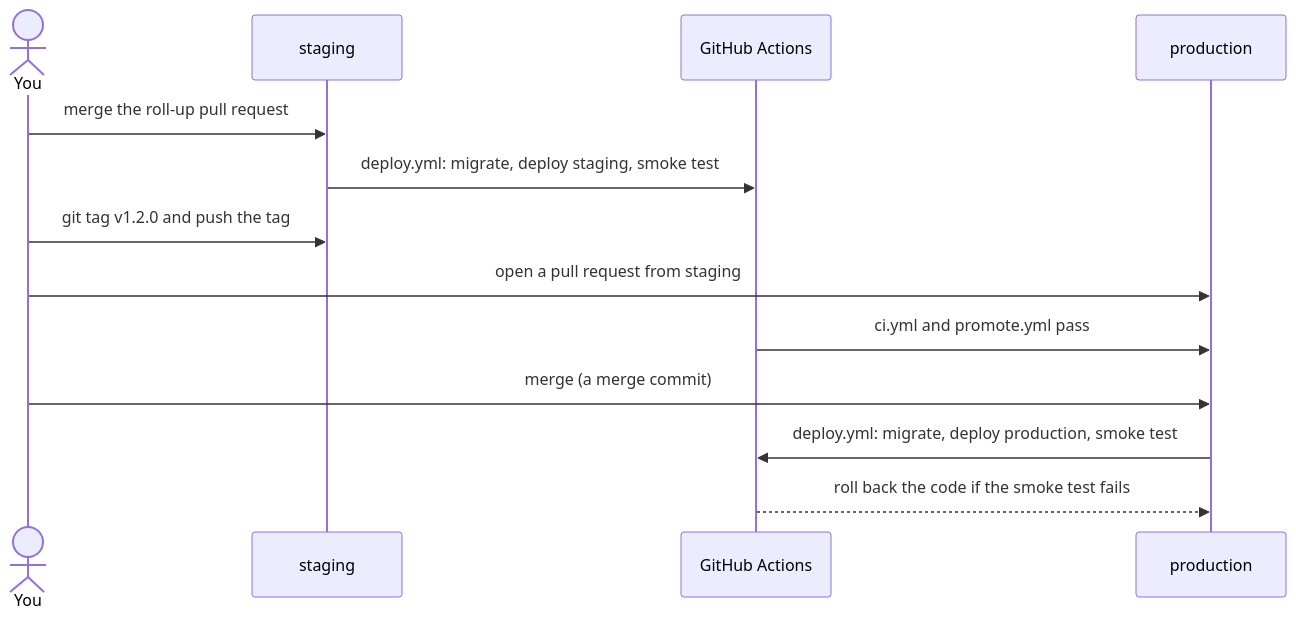
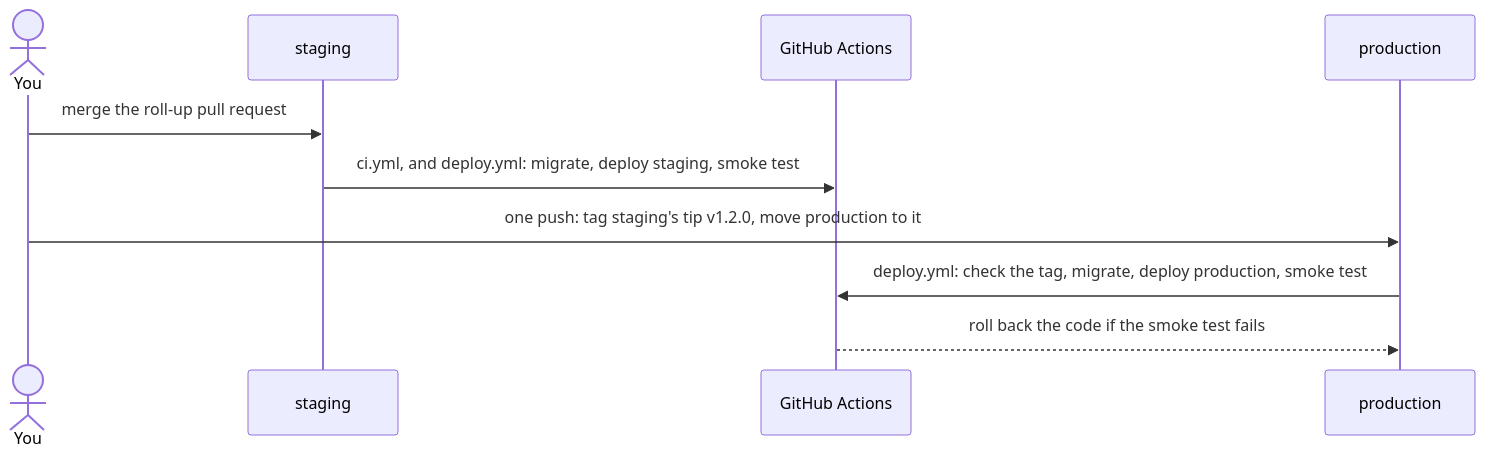
Before and after one commit to SeanningTatum/software-factory: the second of 3 diagrams in templates/saas-starter/docs/branches.md, drawn with Mermaid. The commit also changed other lines of this file and 14 other files, not shown here.

````diff
--- a/templates/saas-starter/docs/branches.md
+++ b/templates/saas-starter/docs/branches.md
@@ -66,15 +67,12 @@
 ```mermaid
 sequenceDiagram
   actor You
   participant S as staging
   participant CI as GitHub Actions
   participant P as production
   You->>S: merge the roll-up pull request
-  S->>CI: deploy.yml: migrate, deploy staging, smoke test
-  You->>S: git tag v1.2.0 and push the tag
-  You->>P: open a pull request from staging
-  CI->>P: ci.yml and promote.yml pass
-  You->>P: merge (a merge commit)
-  P->>CI: deploy.yml: migrate, deploy production, smoke test
+  S->>CI: ci.yml, and deploy.yml: migrate, deploy staging, smoke test
+  You->>P: one push: tag staging's tip v1.2.0, move production to it
+  P->>CI: deploy.yml: check the tag, migrate, deploy production, smoke test
   CI-->>P: roll back the code if the smoke test fails
 ```
````
